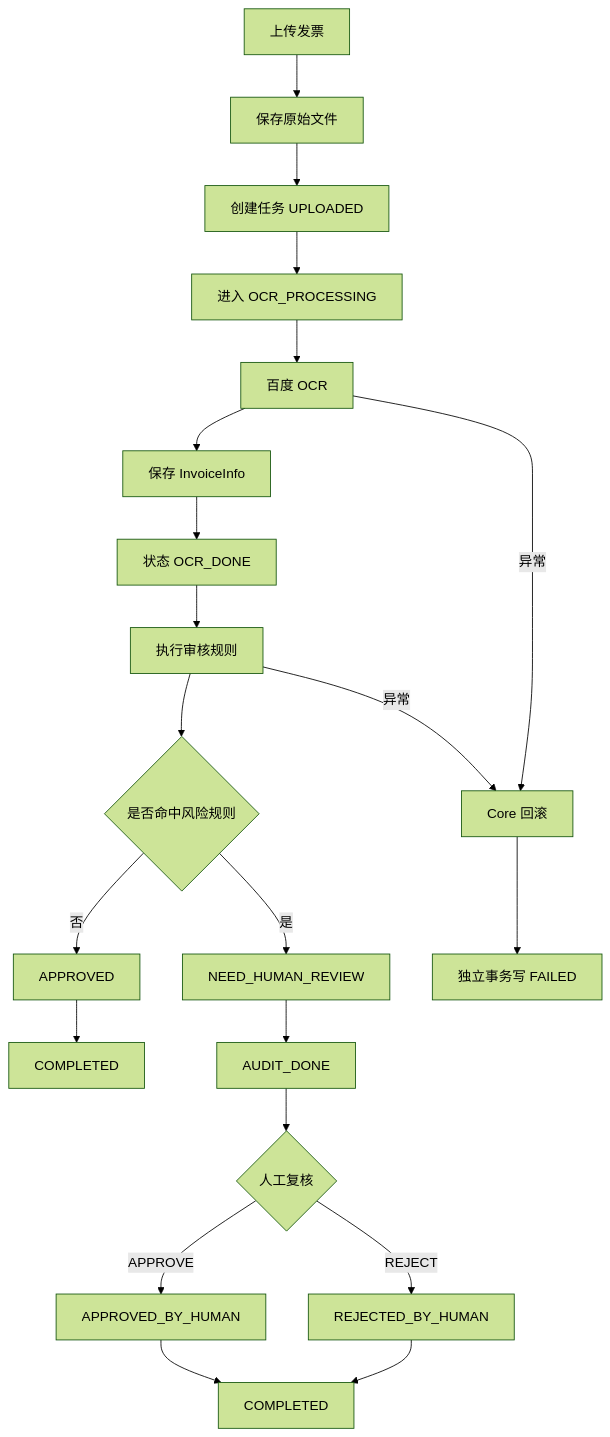
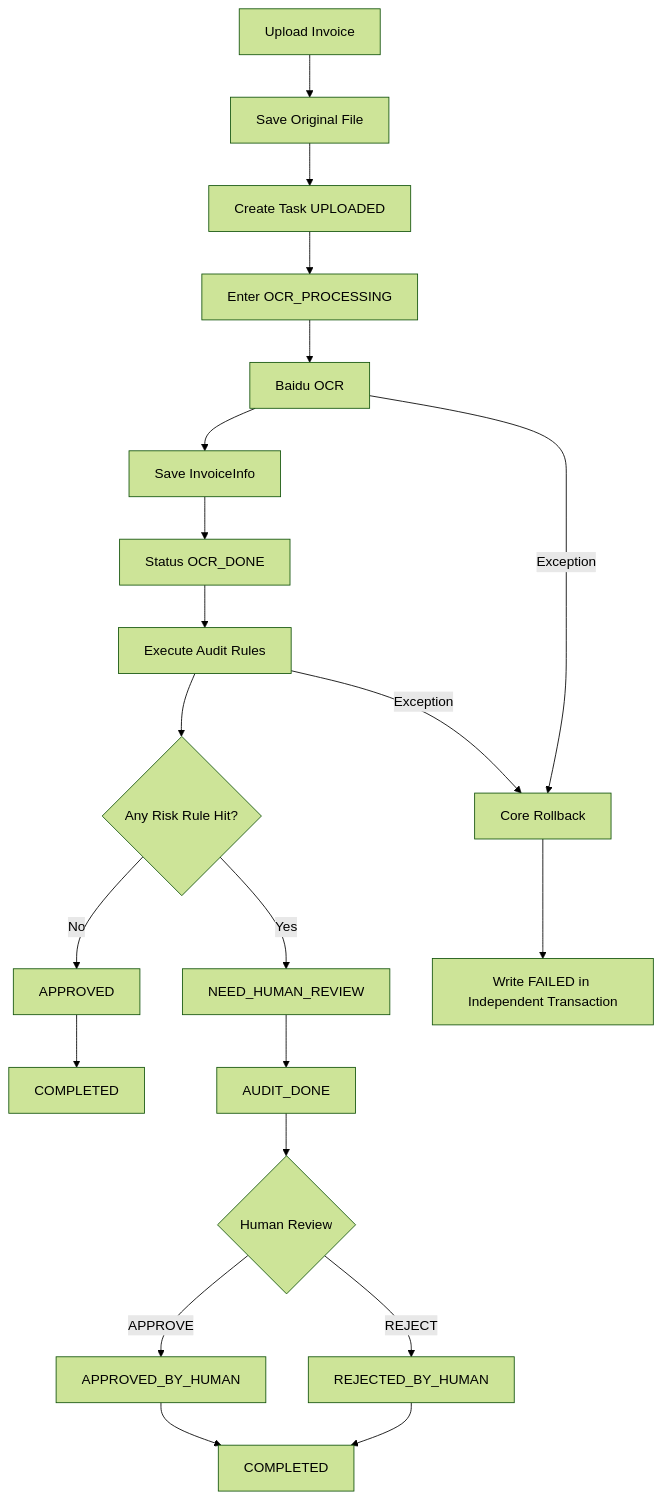
The second of 5 diagrams in README.md (Chuan1130/invoice-agent-system), drawn with Mermaid (forest theme) before and after one commit. The commit also changed other lines of this file, not shown here.

````diff
--- a/README.md
+++ b/README.md
@@ -108,23 +108,23 @@
 ```mermaid
 flowchart TD
-    A[上传发票] --> B[保存原始文件]
-    B --> C[创建任务 UPLOADED]
-    C --> D[进入 OCR_PROCESSING]
-    D --> E[百度 OCR]
-    E --> F[保存 InvoiceInfo]
-    F --> G[状态 OCR_DONE]
-    G --> H[执行审核规则]
-    H --> I{是否命中风险规则}
-    I -->|否| J[APPROVED]
+    A[Upload Invoice] --> B[Save Original File]
+    B --> C[Create Task UPLOADED]
+    C --> D[Enter OCR_PROCESSING]
+    D --> E[Baidu OCR]
+    E --> F[Save InvoiceInfo]
+    F --> G[Status OCR_DONE]
+    G --> H[Execute Audit Rules]
+    H --> I{Any Risk Rule Hit?}
+    I -->|No| J[APPROVED]
     J --> K[COMPLETED]
-    I -->|是| L[NEED_HUMAN_REVIEW]
+    I -->|Yes| L[NEED_HUMAN_REVIEW]
     L --> M[AUDIT_DONE]
-    M --> N{人工复核}
+    M --> N{Human Review}
     N -->|APPROVE| O[APPROVED_BY_HUMAN]
     N -->|REJECT| P[REJECTED_BY_HUMAN]
     O --> Q[COMPLETED]
     P --> Q
-    E -->|异常| R[Core 回滚]
-    H -->|异常| R
-    R --> S[独立事务写 FAILED]
+    E -->|Exception| R[Core Rollback]
+    H -->|Exception| R
+    R --> S[Write FAILED in Independent Transaction]
 ```
````
